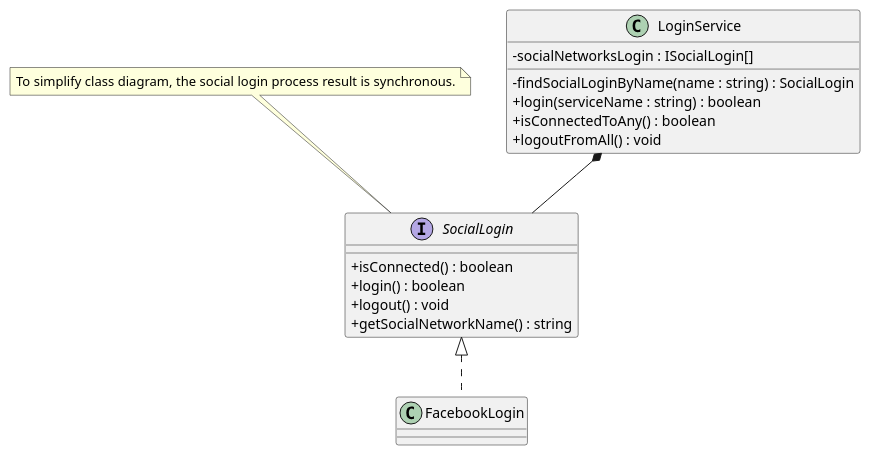
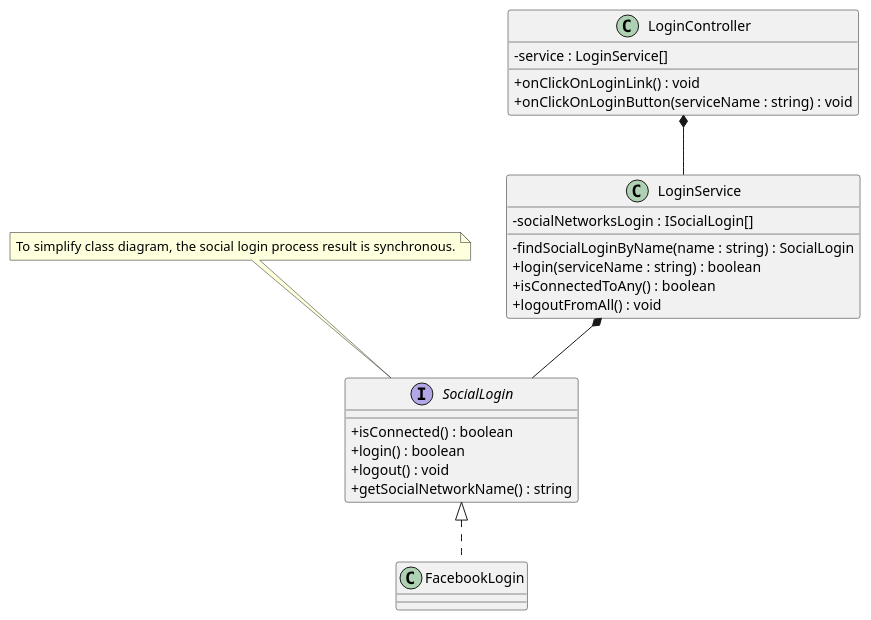
Before and after one commit to CPNV-ES/RIA-EggFlix: the diagram in doc/socialNetworks.puml, drawn with PlantUML.

Commit message:
feat : add login controller

```diff
--- a/doc/socialNetworks.puml
+++ b/doc/socialNetworks.puml
@@ -1,30 +1,38 @@
 @startuml Class Diagram
 skinparam classAttributeIconSize 0
 
 /'
 Class Diagram for the login with socials medias / auth system for EggFlix
 '/
 
 interface SocialLogin{
     + isConnected() : boolean
     + login() : boolean
     + logout() : void
     + getSocialNetworkName() : string
 }
 
 note top: To simplify class diagram, the social login process result is synchronous.
 
 class FacebookLogin implements SocialLogin{
 
 }
 
 class LoginService{
     - socialNetworksLogin : ISocialLogin[]
     - findSocialLoginByName(name : string) : SocialLogin
     + login(serviceName : string) : boolean
     + isConnectedToAny() : boolean
     + logoutFromAll() : void
 }
 'LoginService needs some SocialLogin to live
 LoginService *-- SocialLogin
+
+class LoginController{
+    - service : LoginService[]
+    + onClickOnLoginLink() : void
+    + onClickOnLoginButton(serviceName : string) : void
+}
+
+LoginController *-- LoginService
 @enduml
```
